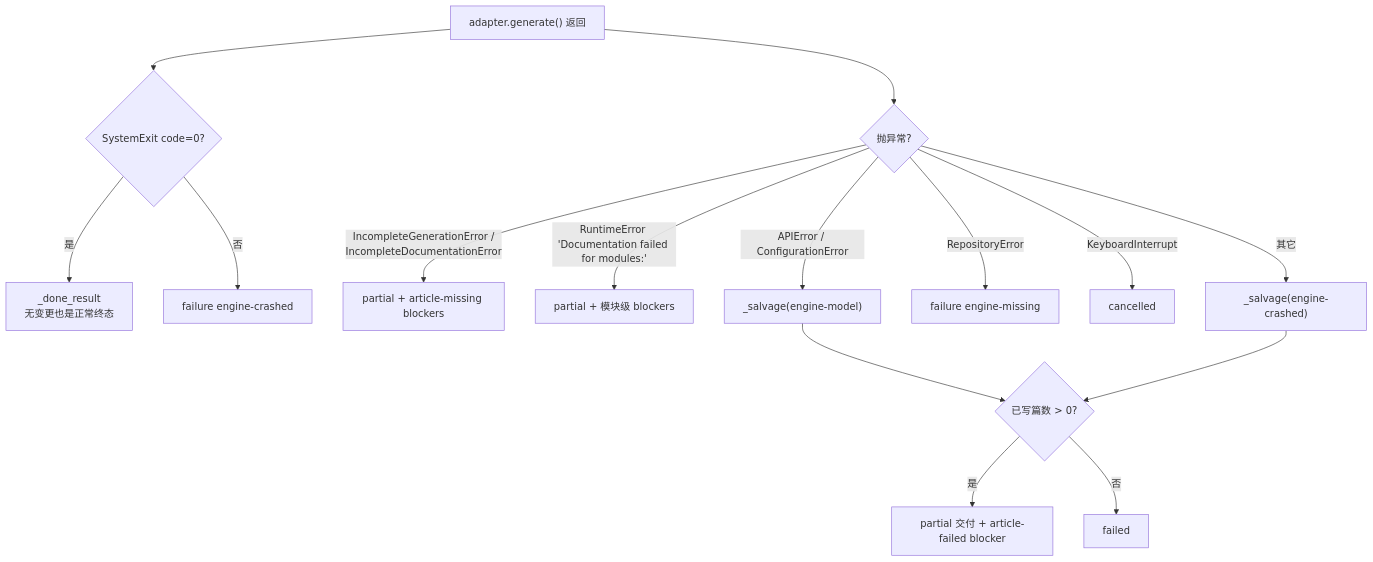
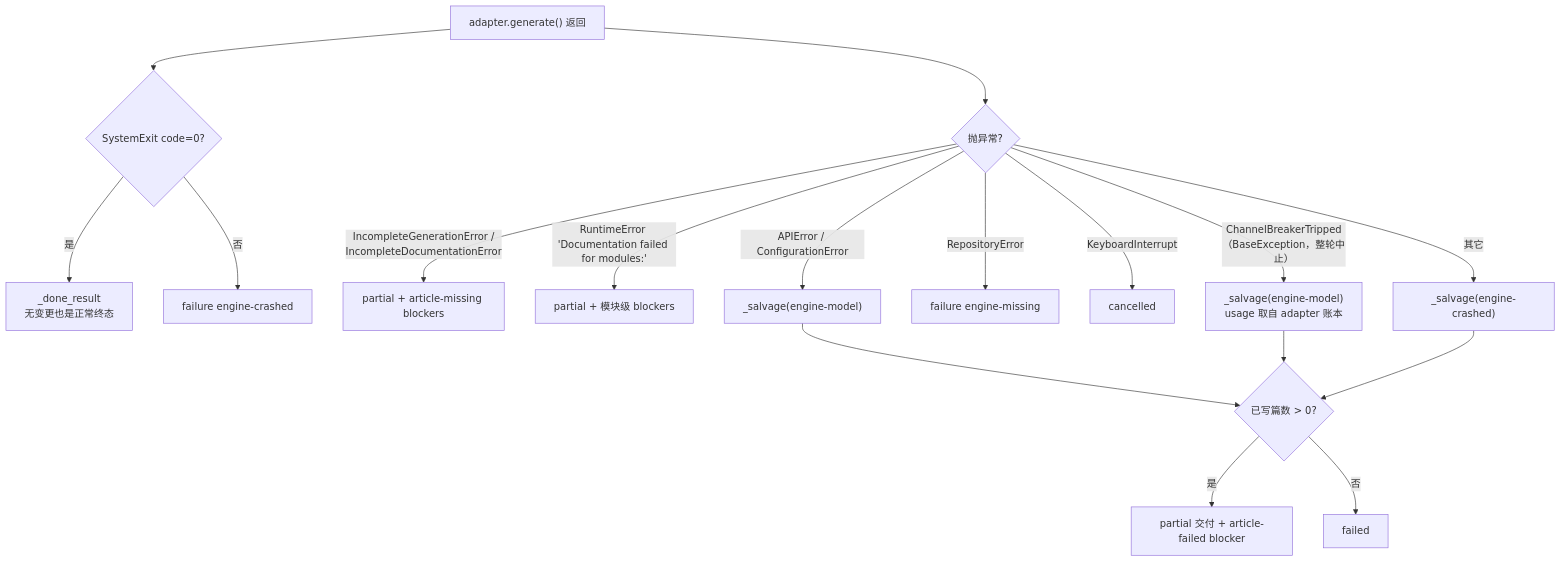
One commit to ikliml666/dsh-codewiki changed the fifth of 12 diagrams in .codewiki/_native-state/docs/Execution_Runtime___Vendored_Engine/engine-python-runtime.md. Above: the diagram before and after it, drawn with Mermaid. The commit also changed other lines of this file and 40 other files, not shown here.

````diff
--- a/.codewiki/_native-state/docs/Execution_Runtime___Vendored_Engine/engine-python-runtime.md
+++ b/.codewiki/_native-state/docs/Execution_Runtime___Vendored_Engine/engine-python-runtime.md
@@ -430,17 +452,19 @@
 ```mermaid
 flowchart TD
     A["adapter.generate() 返回"] --> B{"SystemExit code=0?"}
     B -- 是 --> C["_done_result<br/>无变更也是正常终态"]
     B -- 否 --> D["failure engine-crashed"]
     A --> E{"抛异常?"}
     E -- "IncompleteGenerationError /<br/>IncompleteDocumentationError" --> F["partial + article-missing blockers"]
     E -- "RuntimeError 'Documentation failed for modules:'" --> G["partial + 模块级 blockers"]
     E -- "APIError / ConfigurationError" --> H["_salvage(engine-model)"]
     E -- "RepositoryError" --> I["failure engine-missing"]
     E -- "KeyboardInterrupt" --> J["cancelled"]
+    E -- "ChannelBreakerTripped（BaseException，整轮中止）" --> H2["_salvage(engine-model)<br/>usage 取自 adapter 账本"]
     E -- 其它 --> K["_salvage(engine-crashed)"]
     H --> L{"已写篇数 > 0?"}
+    H2 --> L
     K --> L
     L -- 是 --> M["partial 交付 + article-failed blocker"]
     L -- 否 --> N["failed"]
 ```
````
